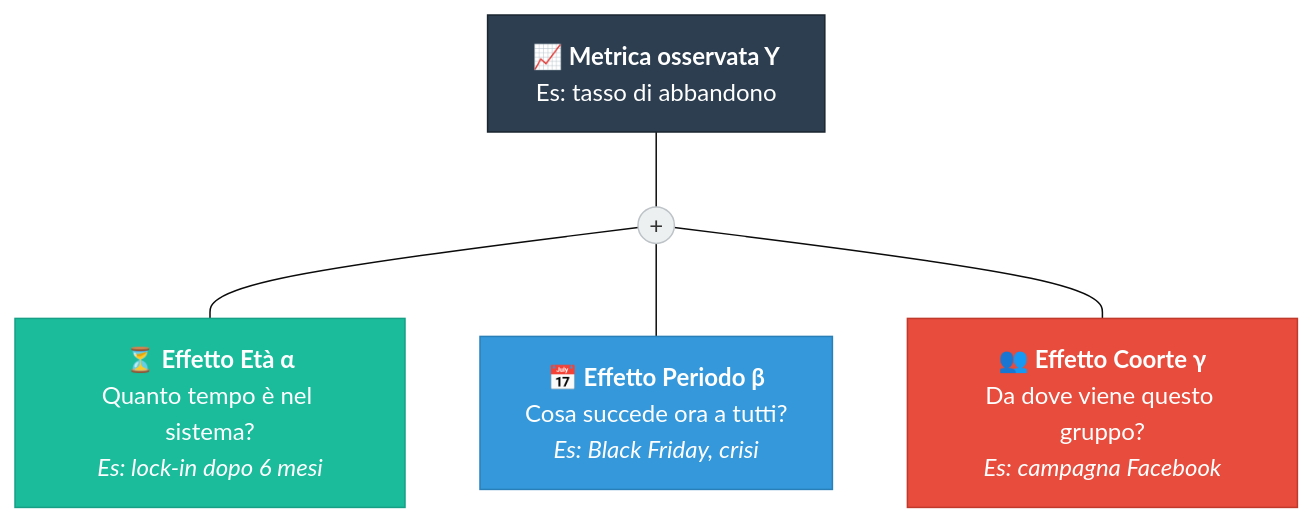
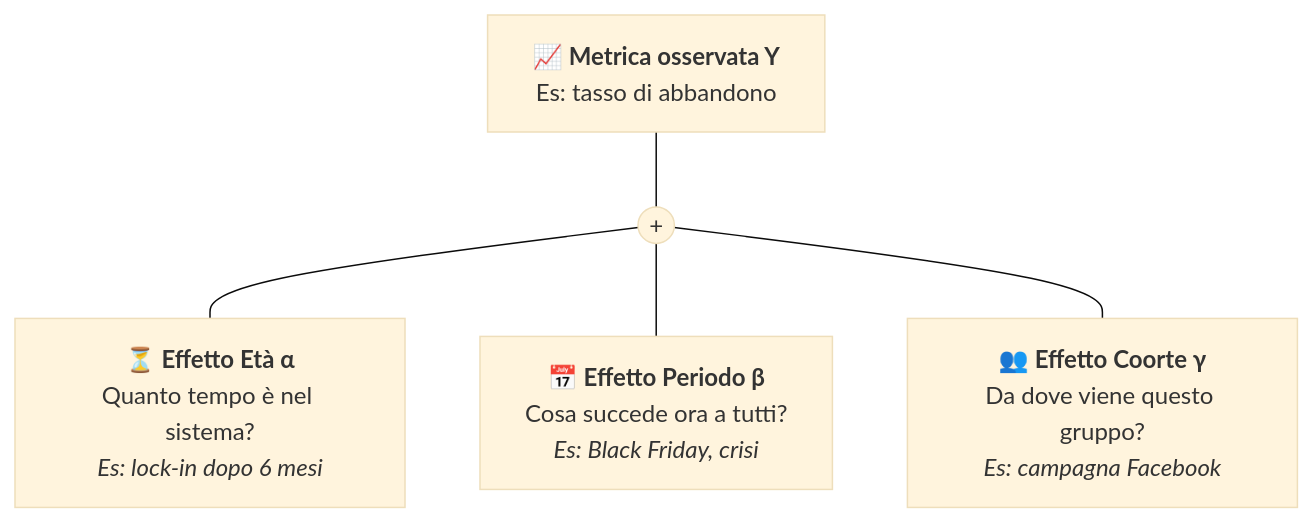
Before and after one commit to AndreyBertasini/gynnitech: the fifth of 12 diagrams in src/content/corso/analisi-prodotto/analisi-coorte.mdx, drawn with Mermaid (base theme). The commit also changed other lines of this file and 110 other files, not shown here.

First line of the commit message:
chore(content): optimize mermaid diagrams for mobile and dark theme

````diff
--- a/src/content/corso/analisi-prodotto/analisi-coorte.mdx
+++ b/src/content/corso/analisi-prodotto/analisi-coorte.mdx
@@ -137,12 +125,7 @@
 ```mermaid
-graph TB
+flowchart TD
     Y["📈 <b>Metrica osservata Y</b><br/>Es: tasso di abbandono"] --- SUM((" + "))
     SUM --- AGE["⏳ <b>Effetto Età α</b><br/>Quanto tempo è nel sistema?<br/><i>Es: lock-in dopo 6 mesi</i>"]
     SUM --- PER["📅 <b>Effetto Periodo β</b><br/>Cosa succede ora a tutti?<br/><i>Es: Black Friday, crisi</i>"]
     SUM --- COH["👥 <b>Effetto Coorte γ</b><br/>Da dove viene questo gruppo?<br/><i>Es: campagna Facebook</i>"]
-    style Y fill:#2c3e50,stroke:#1a252f,color:#fff
-    style SUM fill:#ecf0f1,stroke:#bdc3c7,color:#333
-    style AGE fill:#1abc9c,stroke:#16a085,color:#fff
-    style PER fill:#3498db,stroke:#2980b9,color:#fff
-    style COH fill:#e74c3c,stroke:#c0392b,color:#fff
 ```
````
